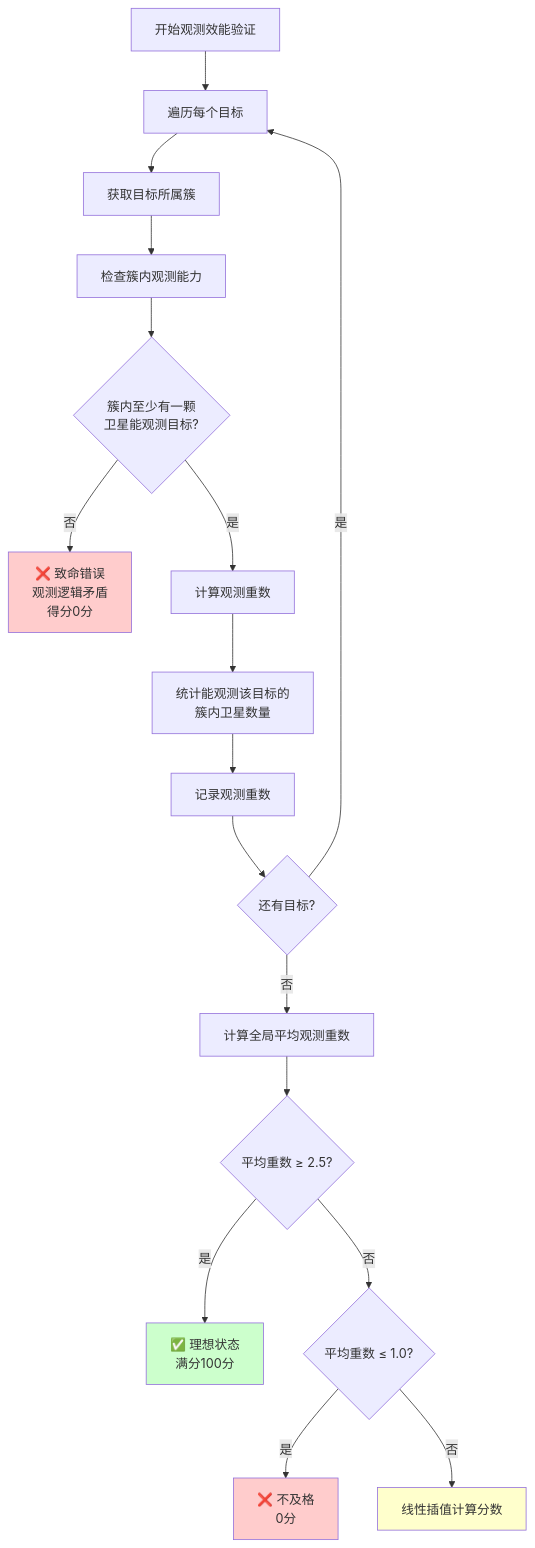
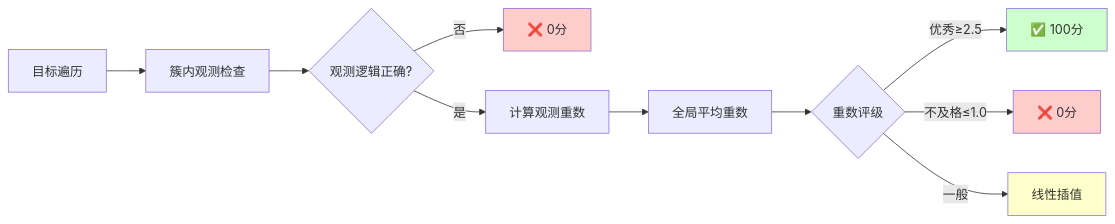
One commit to sneiiler/stk_gen changed diagram 26 of 30 in distill/VALIDATION_REPORT.md. Above: the diagram before and after it, drawn with Mermaid. The commit also changed other lines of this file, not shown here.

````diff
--- a/distill/VALIDATION_REPORT.md
+++ b/distill/VALIDATION_REPORT.md
@@ -590,27 +1046,17 @@
 ```mermaid
-flowchart TD
-    A[开始观测效能验证] --> B[遍历每个目标]
-    B --> C[获取目标所属簇]
-    C --> D[检查簇内观测能力]
+graph LR
+    A[目标遍历] --> B[簇内观测检查]
+    B --> C{观测逻辑正确?}
+    C -->|否| D[❌ 0分]
+    C -->|是| E[计算观测重数]
+    E --> F[全局平均重数]
+    F --> G{重数评级}
+    G -->|优秀≥2.5| H[✅ 100分]
+    G -->|不及格≤1.0| I[❌ 0分]
+    G -->|一般| J[线性插值]
     
-    D --> E{簇内至少有一颗<br/>卫星能观测目标?}
-    E -->|否| F[❌ 致命错误<br/>观测逻辑矛盾<br/>得分0分]
-    E -->|是| G[计算观测重数]
-    
-    G --> H[统计能观测该目标的<br/>簇内卫星数量]
-    H --> I[记录观测重数]
-    I --> J{还有目标?}
-    
-    J -->|是| B
-    J -->|否| K[计算全局平均观测重数]
-    K --> L{平均重数 ≥ 2.5?}
-    L -->|是| M[✅ 理想状态<br/>满分100分]
-    L -->|否| N{平均重数 ≤ 1.0?}
-    N -->|是| O[❌ 不及格<br/>0分]
-    N -->|否| P[线性插值计算分数]
-    
-    style F fill:#ffcccc
-    style M fill:#ccffcc
-    style O fill:#ffcccc
-    style P fill:#ffffcc
+    style D fill:#ffcccc
+    style H fill:#ccffcc
+    style I fill:#ffcccc
+    style J fill:#ffffcc
 ```
````
